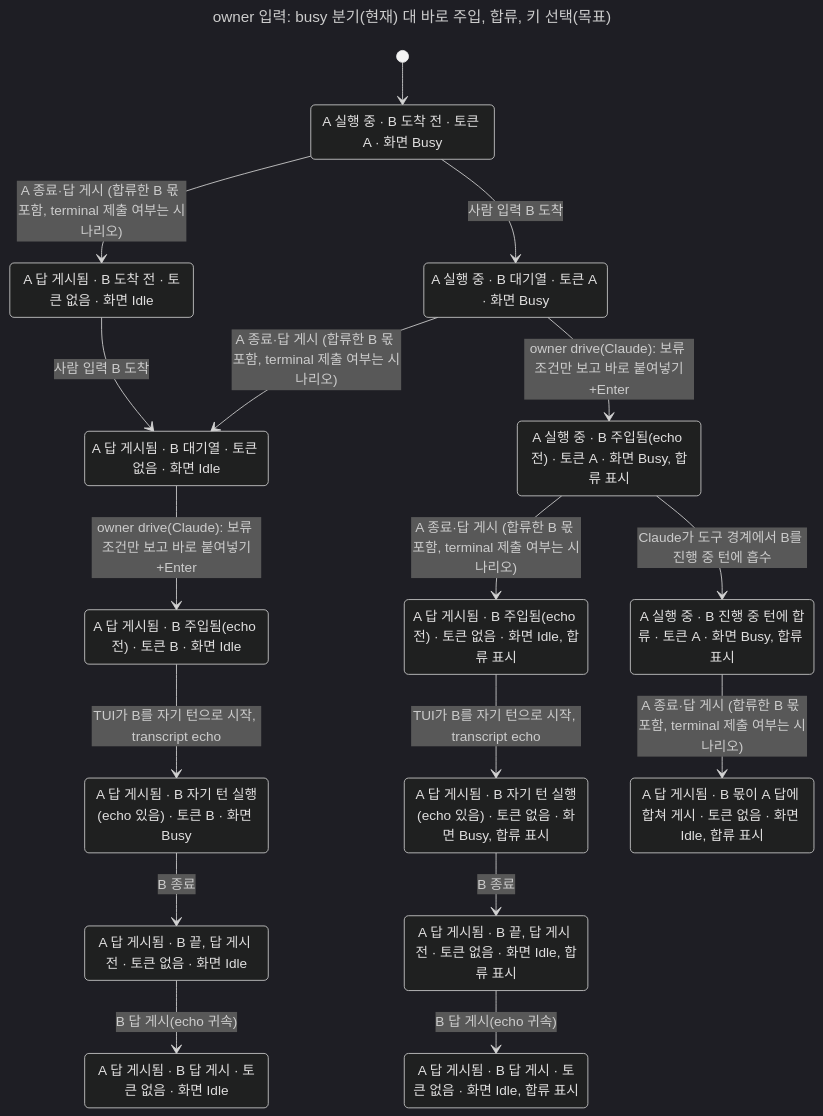
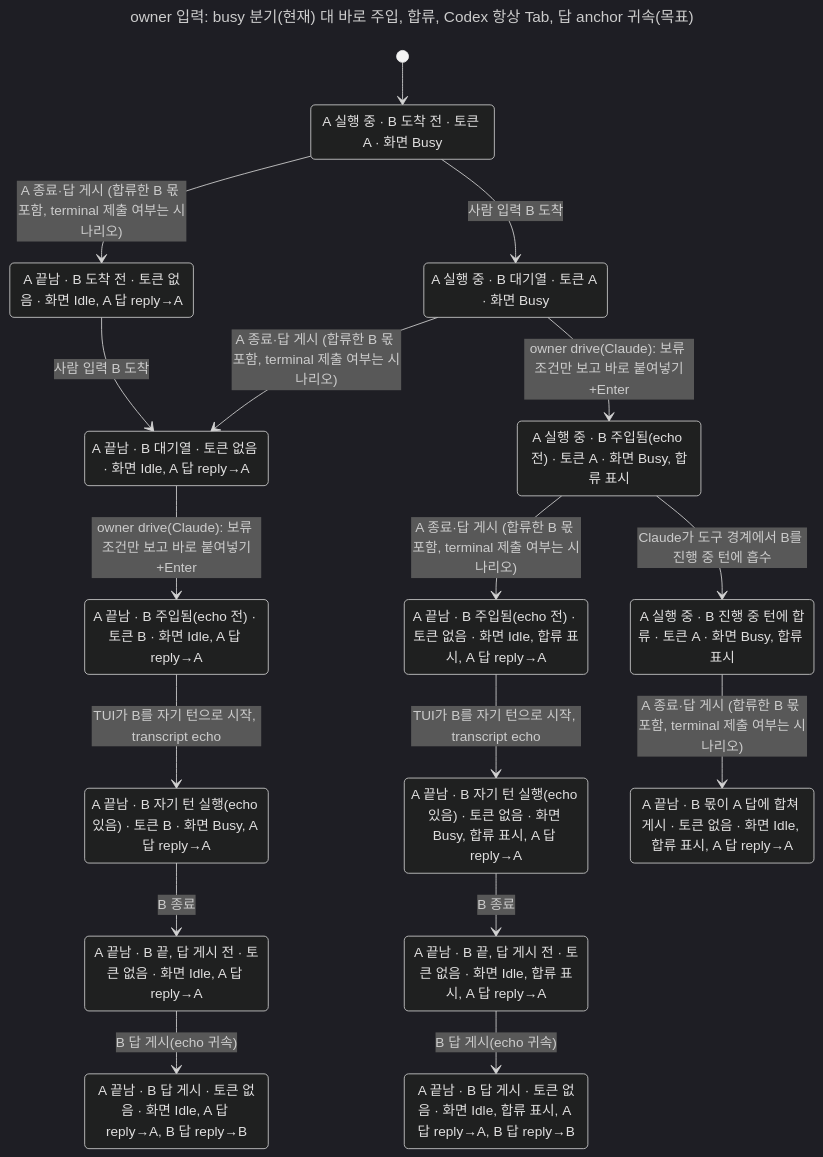
The diagram in docs/statecharts/input-single-path/owner-input-busy-split.target-busy-join.chart.mmd (itismyfield/AgentDesk), drawn with Mermaid (dark theme) before and after one commit. The commit also changed 36 other files, not shown here.

First line of the commit message:
docs(design): #8328 1단계 설계 w2 — 답 anchor 귀속을 핵심으로, Codex 항상 Tab

```diff
--- a/docs/statecharts/input-single-path/owner-input-busy-split.target-busy-join.chart.mmd
+++ b/docs/statecharts/input-single-path/owner-input-busy-split.target-busy-join.chart.mmd
@@ -1,35 +1,35 @@
 ---
-title: "owner 입력: busy 분기(현재) 대 바로 주입, 합류, 키 선택(목표)"
+title: "owner 입력: busy 분기(현재) 대 바로 주입, 합류, Codex 항상 Tab, 답 anchor 귀속(목표)"
 ---
 stateDiagram-v2
   s0: A 실행 중 #183; B 도착 전 #183; 토큰 A #183; 화면 Busy
-  s1: A 답 게시됨 #183; B 도착 전 #183; 토큰 없음 #183; 화면 Idle
+  s1: A 끝남 #183; B 도착 전 #183; 토큰 없음 #183; 화면 Idle, A 답 reply#8594;A
   s2: A 실행 중 #183; B 대기열 #183; 토큰 A #183; 화면 Busy
-  s3: A 답 게시됨 #183; B 대기열 #183; 토큰 없음 #183; 화면 Idle
+  s3: A 끝남 #183; B 대기열 #183; 토큰 없음 #183; 화면 Idle, A 답 reply#8594;A
   s4: A 실행 중 #183; B 주입됨(echo 전) #183; 토큰 A #183; 화면 Busy, 합류 표시
-  s5: A 답 게시됨 #183; B 주입됨(echo 전) #183; 토큰 B #183; 화면 Idle
-  s6: A 답 게시됨 #183; B 주입됨(echo 전) #183; 토큰 없음 #183; 화면 Idle, 합류 표시
+  s5: A 끝남 #183; B 주입됨(echo 전) #183; 토큰 B #183; 화면 Idle, A 답 reply#8594;A
+  s6: A 끝남 #183; B 주입됨(echo 전) #183; 토큰 없음 #183; 화면 Idle, 합류 표시, A 답 reply#8594;A
   s7: A 실행 중 #183; B 진행 중 턴에 합류 #183; 토큰 A #183; 화면 Busy, 합류 표시
-  s8: A 답 게시됨 #183; B 몫이 A 답에 합쳐 게시 #183; 토큰 없음 #183; 화면 Idle, 합류 표시
-  s9: A 답 게시됨 #183; B 자기 턴 실행(echo 있음) #183; 토큰 B #183; 화면 Busy
-  s10: A 답 게시됨 #183; B 자기 턴 실행(echo 있음) #183; 토큰 없음 #183; 화면 Busy, 합류 표시
-  s11: A 답 게시됨 #183; B 끝, 답 게시 전 #183; 토큰 없음 #183; 화면 Idle
-  s12: A 답 게시됨 #183; B 끝, 답 게시 전 #183; 토큰 없음 #183; 화면 Idle, 합류 표시
-  s13: A 답 게시됨 #183; B 답 게시 #183; 토큰 없음 #183; 화면 Idle
-  s14: A 답 게시됨 #183; B 답 게시 #183; 토큰 없음 #183; 화면 Idle, 합류 표시
+  s8: A 끝남 #183; B 몫이 A 답에 합쳐 게시 #183; 토큰 없음 #183; 화면 Idle, 합류 표시, A 답 reply#8594;A
+  s9: A 끝남 #183; B 자기 턴 실행(echo 있음) #183; 토큰 B #183; 화면 Busy, A 답 reply#8594;A
+  s10: A 끝남 #183; B 자기 턴 실행(echo 있음) #183; 토큰 없음 #183; 화면 Busy, 합류 표시, A 답 reply#8594;A
+  s11: A 끝남 #183; B 끝, 답 게시 전 #183; 토큰 없음 #183; 화면 Idle, A 답 reply#8594;A
+  s12: A 끝남 #183; B 끝, 답 게시 전 #183; 토큰 없음 #183; 화면 Idle, 합류 표시, A 답 reply#8594;A
+  s13: A 끝남 #183; B 답 게시 #183; 토큰 없음 #183; 화면 Idle, A 답 reply#8594;A, B 답 reply#8594;B
+  s14: A 끝남 #183; B 답 게시 #183; 토큰 없음 #183; 화면 Idle, 합류 표시, A 답 reply#8594;A, B 답 reply#8594;B
   [*] --> s0
   s0 --> s1: A 종료#183;답 게시 (합류한 B 몫 포함, terminal 제출 여부는 시나리오)
   s0 --> s2: 사람 입력 B 도착
   s1 --> s3: 사람 입력 B 도착
   s2 --> s3: A 종료#183;답 게시 (합류한 B 몫 포함, terminal 제출 여부는 시나리오)
   s2 --> s4: owner drive(Claude): 보류 조건만 보고 바로 붙여넣기+Enter
   s3 --> s5: owner drive(Claude): 보류 조건만 보고 바로 붙여넣기+Enter
   s4 --> s6: A 종료#183;답 게시 (합류한 B 몫 포함, terminal 제출 여부는 시나리오)
   s4 --> s7: Claude가 도구 경계에서 B를 진행 중 턴에 흡수
   s5 --> s9: TUI가 B를 자기 턴으로 시작, transcript echo
   s6 --> s10: TUI가 B를 자기 턴으로 시작, transcript echo
   s7 --> s8: A 종료#183;답 게시 (합류한 B 몫 포함, terminal 제출 여부는 시나리오)
   s9 --> s11: B 종료
   s10 --> s12: B 종료
   s11 --> s13: B 답 게시(echo 귀속)
   s12 --> s14: B 답 게시(echo 귀속)
```
